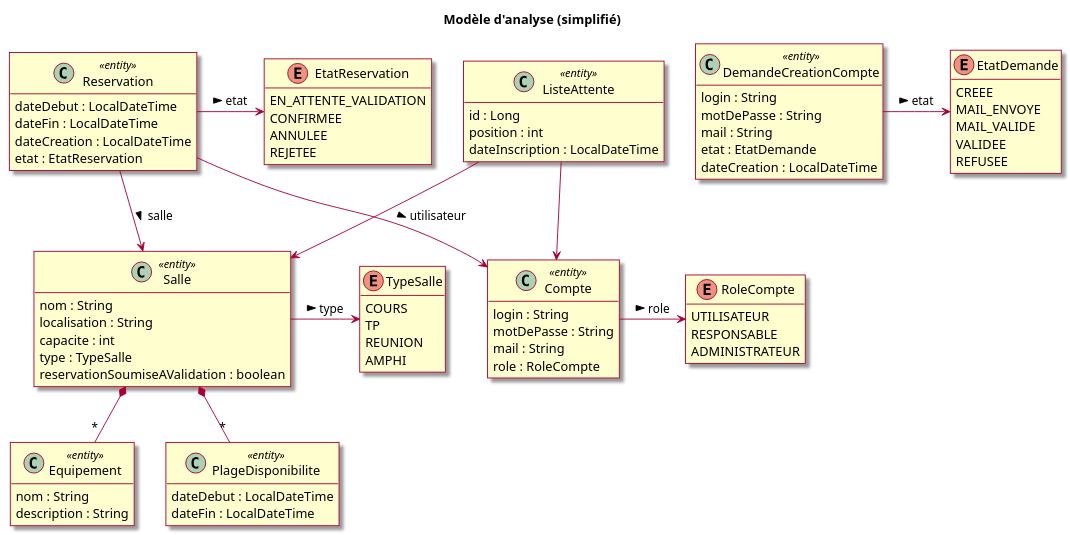
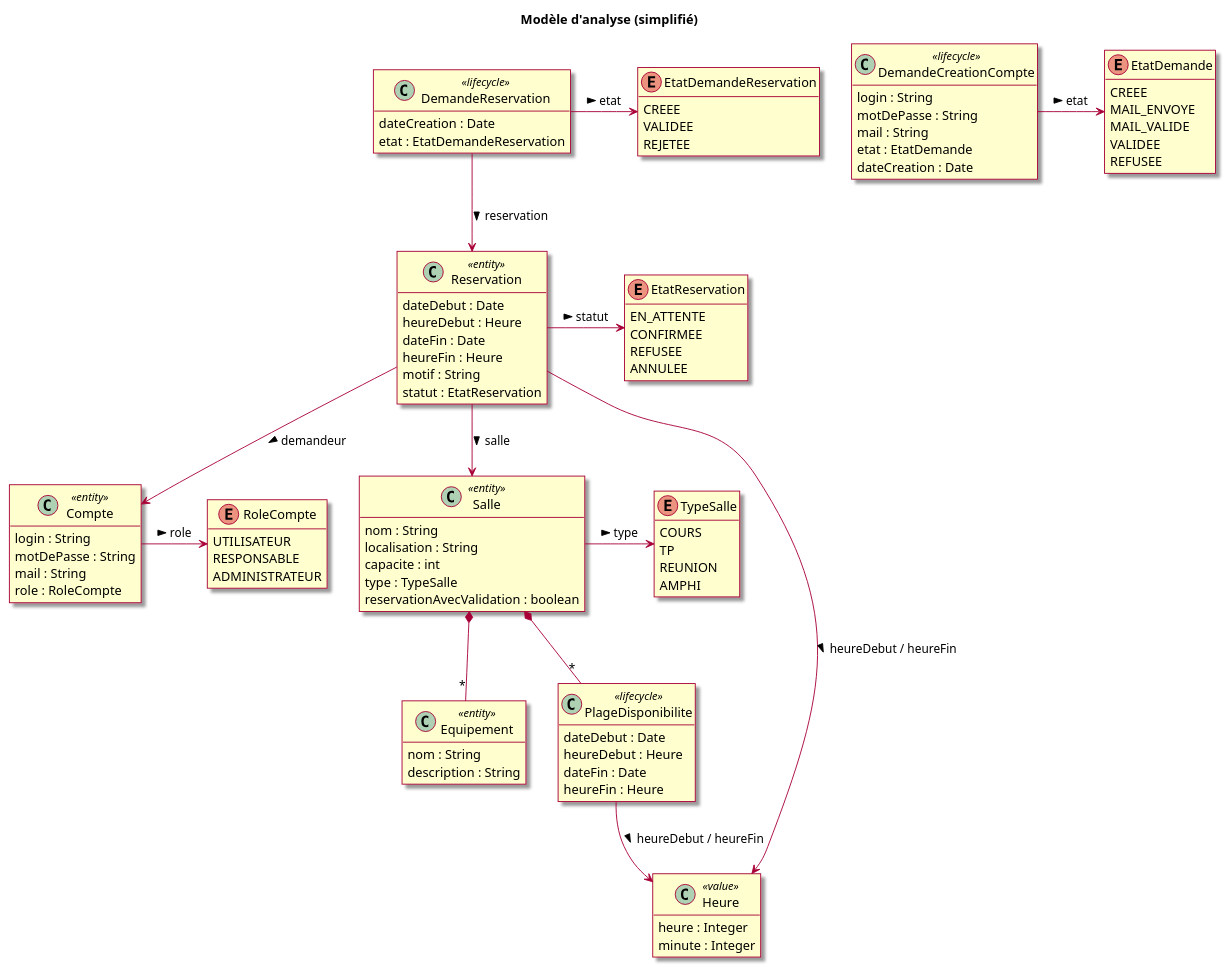
One commit to mrajaonson/glg204-room-management-system changed the fourth of 38 diagrams in docs/03-Conception.md. Above: the diagram before and after it, drawn with PlantUML. The commit also changed other lines of this file, not shown here.

````diff
--- a/docs/03-Conception.md
+++ b/docs/03-Conception.md
@@ -339,12 +343,12 @@
   ADMINISTRATEUR
 }
 
-class DemandeCreationCompte <<entity>> {
+class DemandeCreationCompte <<lifecycle>> {
   login : String
   motDePasse : String
   mail : String
   etat : EtatDemande
-  dateCreation : LocalDateTime
+  dateCreation : Date
 }
 
 enum EtatDemande {
@@ -360,7 +364,7 @@
   localisation : String
   capacite : int
   type : TypeSalle
-  reservationSoumiseAValidation : boolean
+  reservationAvecValidation : boolean
 }
 
 enum TypeSalle {
@@ -375,29 +379,43 @@
   description : String
 }
 
-class PlageDisponibilite <<entity>> {
-  dateDebut : LocalDateTime
-  dateFin : LocalDateTime
+class PlageDisponibilite <<lifecycle>> {
+  dateDebut : Date
+  heureDebut : Heure
+  dateFin : Date
+  heureFin : Heure
+}
+
+class Heure <<value>> {
+  heure : Integer
+  minute : Integer
 }
 
 class Reservation <<entity>> {
-  dateDebut : LocalDateTime
-  dateFin : LocalDateTime
-  dateCreation : LocalDateTime
-  etat : EtatReservation
+  dateDebut : Date
+  heureDebut : Heure
+  dateFin : Date
+  heureFin : Heure
+  motif : String
+  statut : EtatReservation
 }
 
 enum EtatReservation {
-  EN_ATTENTE_VALIDATION
+  EN_ATTENTE
   CONFIRMEE
+  REFUSEE
   ANNULEE
-  REJETEE
 }
 
-class ListeAttente <<entity>> {
-  id : Long
-  position : int
-  dateInscription : LocalDateTime
+class DemandeReservation <<lifecycle>> {
+  dateCreation : Date
+  etat : EtatDemandeReservation
+}
+
+enum EtatDemandeReservation {
+  CREEE
+  VALIDEE
+  REJETEE
 }
 
 Compte -> RoleCompte : > role
@@ -406,12 +424,14 @@
 Salle -> TypeSalle : > type
 Salle *-- "*" Equipement
 Salle *-- "*" PlageDisponibilite
+PlageDisponibilite --> Heure : > heureDebut / heureFin
 
 Reservation --> Salle : > salle
-Reservation --> Compte : > utilisateur
-Reservation -> EtatReservation : > etat
+Reservation --> Compte : > demandeur
+Reservation -> EtatReservation : > statut
+Reservation --> Heure : > heureDebut / heureFin
 
-ListeAttente --> Salle
-ListeAttente --> Compte
+DemandeReservation --> Reservation : > reservation
+DemandeReservation -> EtatDemandeReservation : > etat
 @enduml
 ```
````
